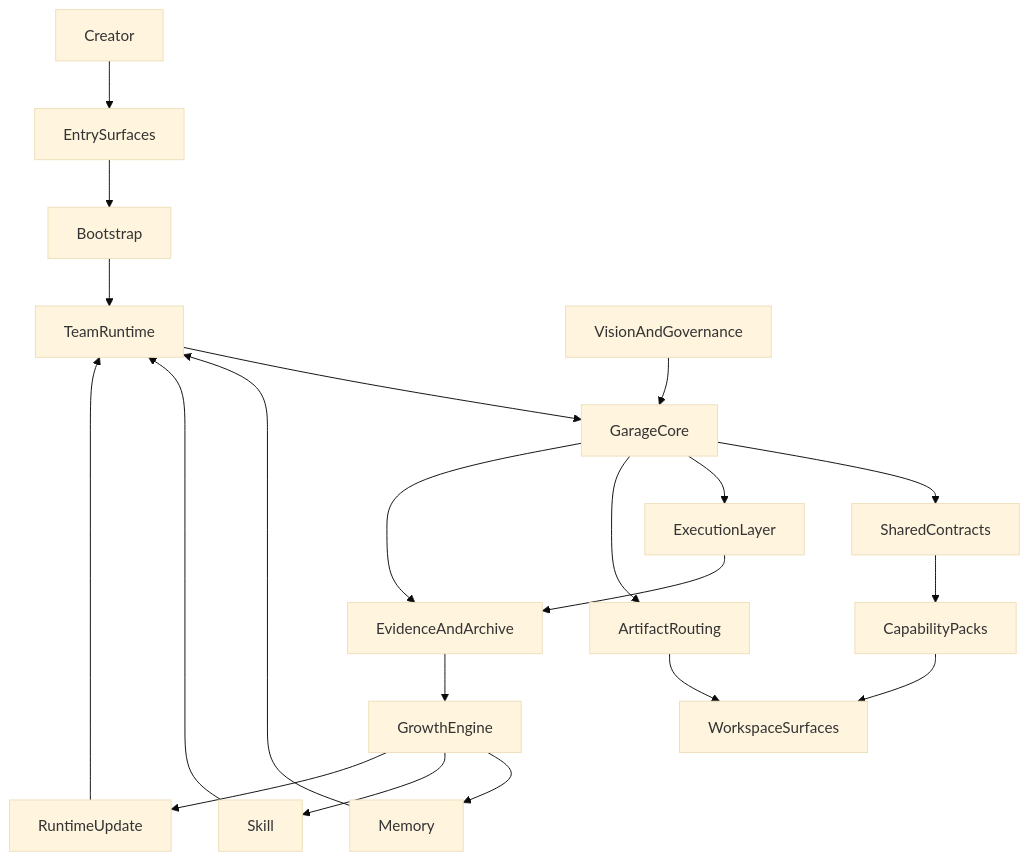
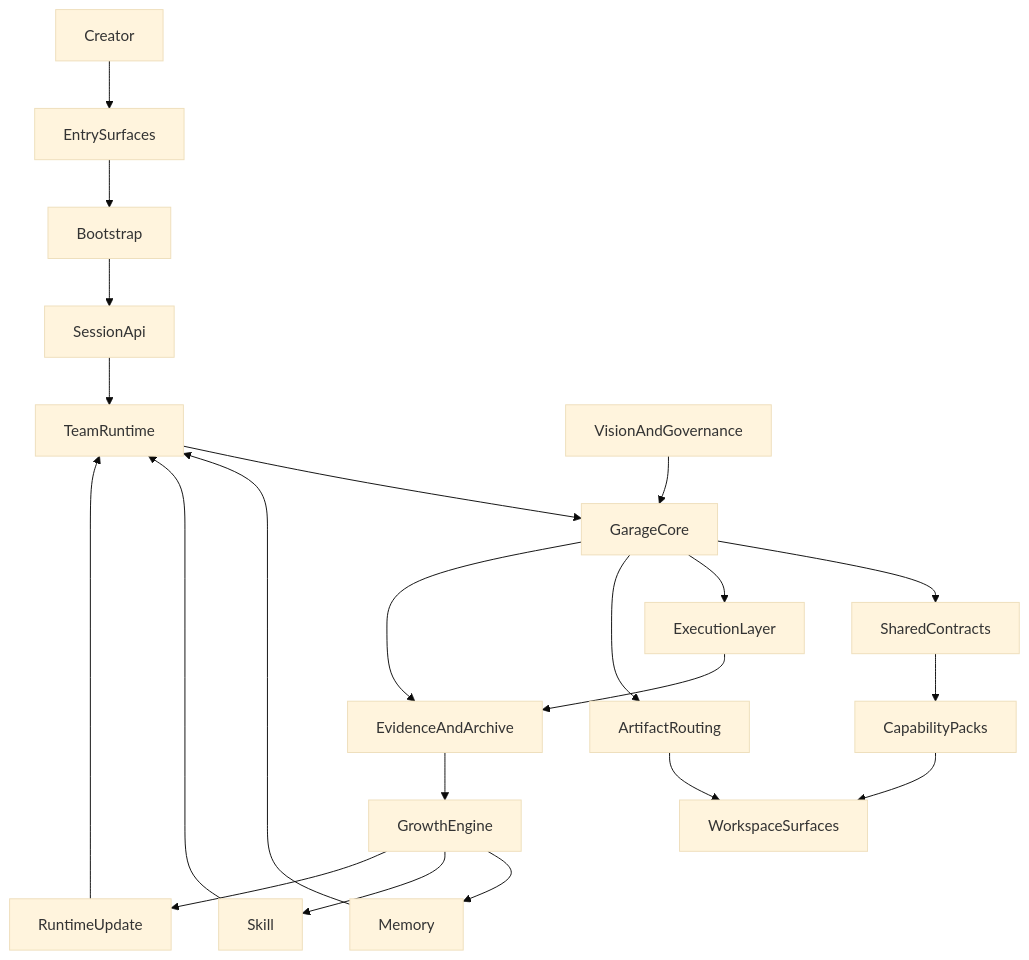
Before and after one commit to hujianbest/awesome-harness: the diagram in docs/architecture/A140-garage-system-architecture.md, drawn with Mermaid (base theme). The commit also changed other lines of this file and 21 other files, not shown here.

````diff
--- a/docs/architecture/A140-garage-system-architecture.md
+++ b/docs/architecture/A140-garage-system-architecture.md
@@ -119,28 +119,29 @@
 ```mermaid
 flowchart TB
     creator[Creator] --> entry[EntrySurfaces]
     entry --> bootstrap[Bootstrap]
-    bootstrap --> team[TeamRuntime]
+    bootstrap --> sessionApi[SessionApi]
+    sessionApi --> team[TeamRuntime]
     team --> core[GarageCore]
 
     governance[VisionAndGovernance] --> core
     core --> contracts[SharedContracts]
     contracts --> packs[CapabilityPacks]
 
     core --> exec[ExecutionLayer]
     core --> routing[ArtifactRouting]
     core --> evidence[EvidenceAndArchive]
 
     routing --> workspace[WorkspaceSurfaces]
     exec --> evidence
     packs --> workspace
 
     evidence --> growth[GrowthEngine]
     growth --> memory[Memory]
     growth --> skill[Skill]
     growth --> runtimeUpdate[RuntimeUpdate]
 
     memory --> team
     skill --> team
     runtimeUpdate --> team
 ```
````
